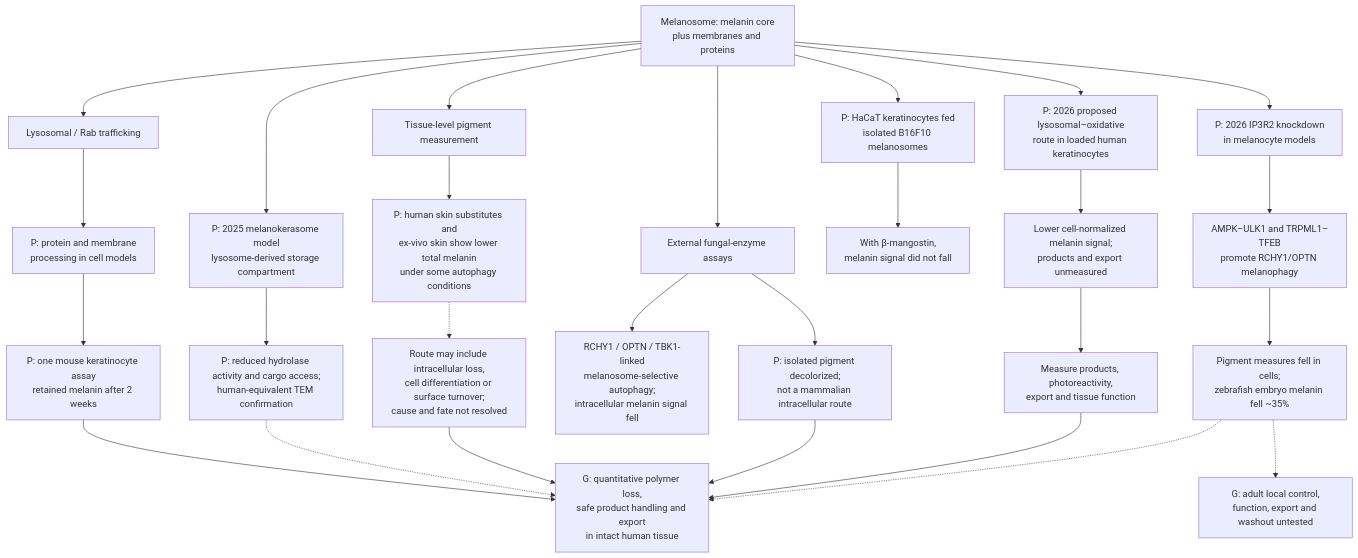
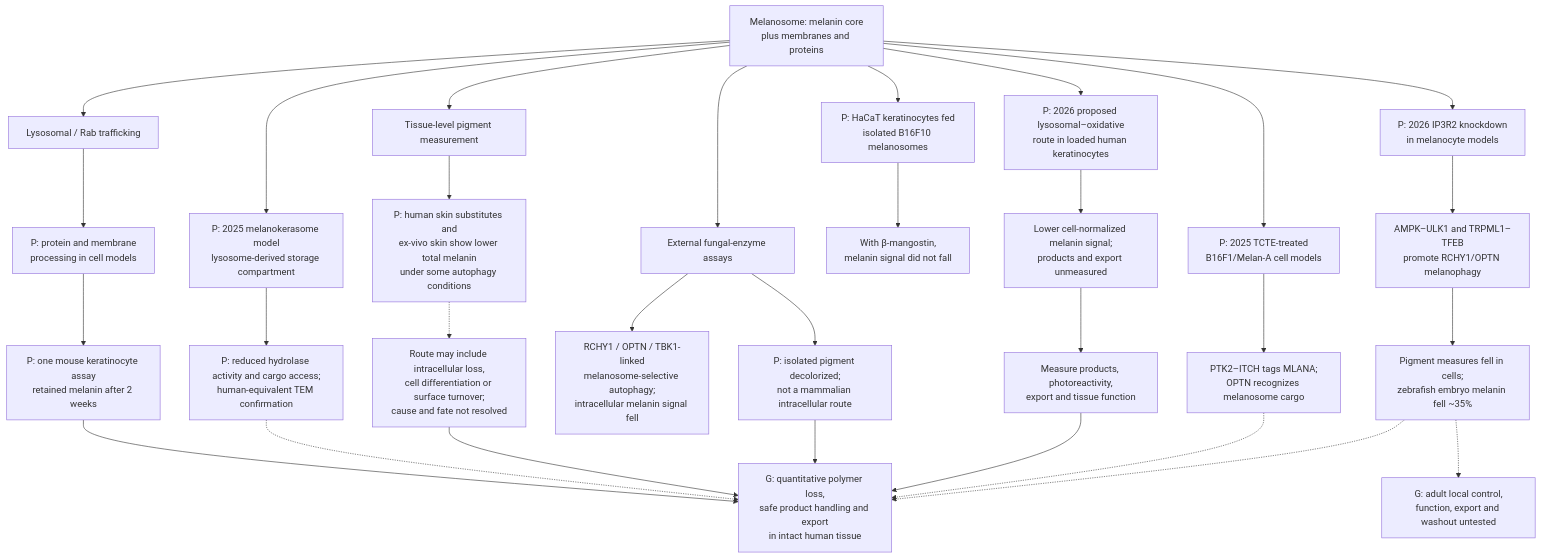
The second of 7 diagrams in research/selective-clearance-framework.md (dylanstechmann/iris-color-without-contacts), drawn with Mermaid before and after one commit. The commit also changed other lines of this file, not shown here.

````diff
--- a/research/selective-clearance-framework.md
+++ b/research/selective-clearance-framework.md
@@ -38,29 +38,32 @@
 ```mermaid
 flowchart TD
     M["Melanosome: melanin core<br/>plus membranes and proteins"] --> L["Lysosomal / Rab trafficking"]
     L --> P["P: protein and membrane<br/>processing in cell models"]
     P --> C["P: one mouse keratinocyte assay<br/>retained melanin after 2 weeks"]
     M --> S["P: 2025 melanokerasome model<br/>lysosome-derived storage compartment"]
     S --> S2["P: reduced hydrolase activity and cargo access;<br/>human-equivalent TEM confirmation"]
     S2 -.-> G["G: quantitative polymer loss,<br/>safe product handling and export<br/>in intact human tissue"]
     M --> T["Tissue-level pigment measurement"]
     T --> E["P: human skin substitutes and<br/>ex-vivo skin show lower total melanin<br/>under some autophagy conditions"]
     E -.-> U["Route may include intracellular loss,<br/>cell differentiation or surface turnover;<br/>cause and fate not resolved"]
     M --> F["P: 2024 melanophagy<br/>in B16F10 melanoma cells"]
     F --> F1["RCHY1 / OPTN / TBK1-linked<br/>melanosome-selective autophagy;<br/>intracellular melanin signal fell"]
     M --> K["P: HaCaT keratinocytes fed<br/>isolated B16F10 melanosomes"]
     K --> K1["With β-mangostin,<br/>melanin signal did not fall"]
     M --> O["P: 2026 proposed lysosomal–oxidative<br/>route in loaded human keratinocytes"]
     O --> R["Lower cell-normalized melanin signal;<br/>products and export unmeasured"]
     R --> B["Measure products, photoreactivity,<br/>export and tissue function"]
+    M --> PTK["P: 2025 TCTE-treated<br/>B16F1/Melan-A cell models"]
+    PTK --> ITCH["PTK2–ITCH tags MLANA;<br/>OPTN recognizes melanosome cargo"]
+    ITCH -.-> G
     M --> I["P: 2026 IP3R2 knockdown<br/>in melanocyte models"]
     I --> IC["AMPK–ULK1 and TRPML1–TFEB<br/>promote RCHY1/OPTN melanophagy"]
     IC --> IR["Pigment measures fell in cells;<br/>zebrafish embryo melanin fell ~35%"]
     IR -.-> G
     IR -.-> IL["G: adult local control,<br/>function, export and washout untested"]
     F["External fungal-enzyme assays"] --> D["P: isolated pigment decolorized;<br/>not a mammalian intracellular route"]
     C --> G["G: quantitative polymer loss,<br/>safe product handling and export<br/>in intact human tissue"]
     U --> G
     B --> G
     D --> G
 ```
````
